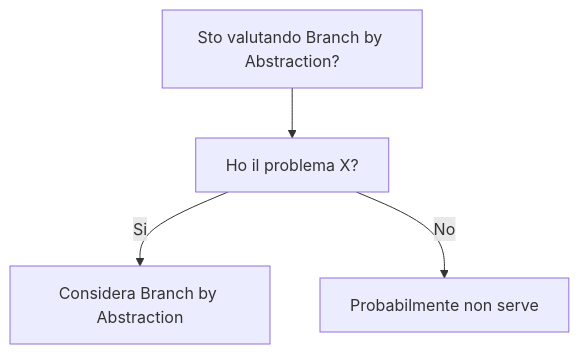
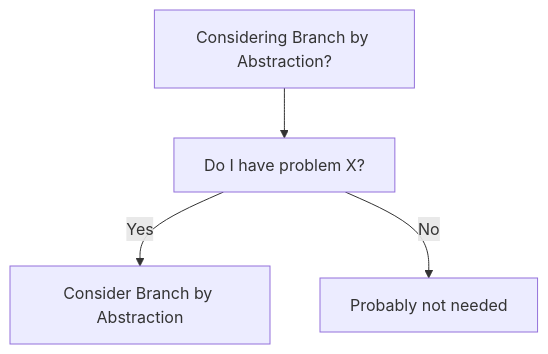
Before and after one commit to HxT9/Software-Dev-Wiki: the diagram in dev-wiki/26_Refactoring/Branch_by_Abstraction/When_To_Use.md, drawn with Mermaid. The commit also changed other lines of this file and 3444 other files, not shown here.

````diff
--- a/dev-wiki/26_Refactoring/Branch_by_Abstraction/When_To_Use.md
+++ b/dev-wiki/26_Refactoring/Branch_by_Abstraction/When_To_Use.md
@@ -19,6 +19,6 @@
 ```mermaid
 flowchart TD
-  Q[Sto valutando Branch by Abstraction?] --> Q1[Ho il problema X?]
-  Q1 -->|Si| OK[Considera Branch by Abstraction]
-  Q1 -->|No| NO[Probabilmente non serve]
+  Q[Considering Branch by Abstraction?] --> Q1[Do I have problem X?]
+  Q1 -->|Yes| OK[Consider Branch by Abstraction]
+  Q1 -->|No| NO[Probably not needed]
 ```
````
